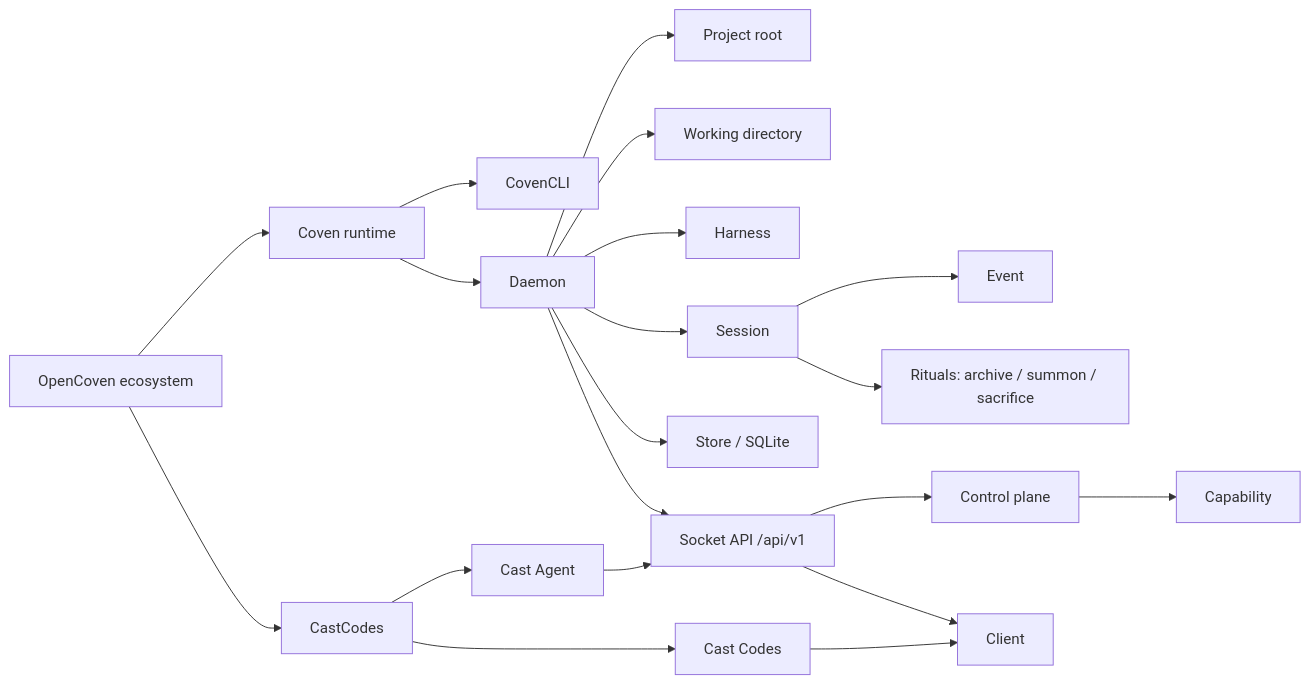
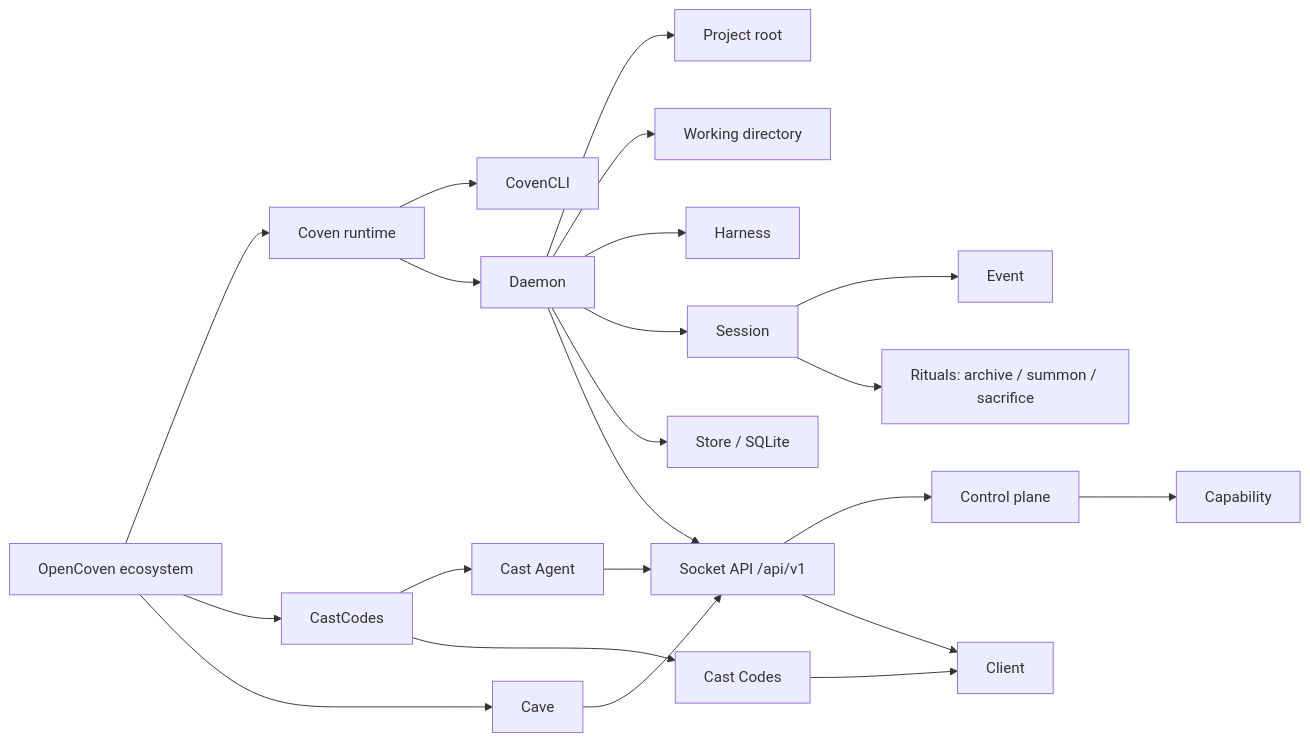
One commit to OpenCoven/coven-docs changed the diagram in content/docs/guide/concepts.mdx. Above: the diagram before and after it, drawn with Mermaid. The commit also changed other lines of this file and 13 other files, not shown here.

````diff
--- a/content/docs/guide/concepts.mdx
+++ b/content/docs/guide/concepts.mdx
@@ -11,22 +11,24 @@
 ```mermaid
 flowchart LR
   OpenCoven[OpenCoven ecosystem] --> Coven[Coven runtime]
   Coven --> CovenCLI[CovenCLI]
   OpenCoven --> CastCodes[CastCodes]
+  OpenCoven --> Cave[Cave]
   CastCodes --> CastAgent[Cast Agent]
   CastCodes --> CastCode[Cast Codes]
+  Cave --> Socket
   Coven --> Daemon[Daemon]
   Daemon --> Project[Project root]
   Daemon --> Cwd[Working directory]
   Daemon --> Harness[Harness]
   Daemon --> Session[Session]
   Session --> Event[Event]
   Daemon --> Store[Store / SQLite]
   Daemon --> Socket[Socket API /api/v1]
   Socket --> ControlPlane[Control plane]
   ControlPlane --> Capability[Capability]
   Socket --> Client[Client]
   CastCode --> Client
   CastAgent --> Socket
   Session --> Ritual["Rituals: archive / summon / sacrifice"]
 ```
````
